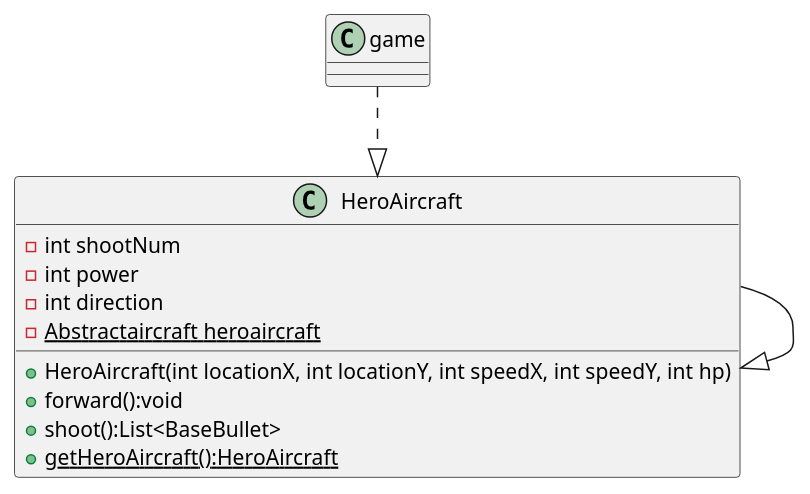
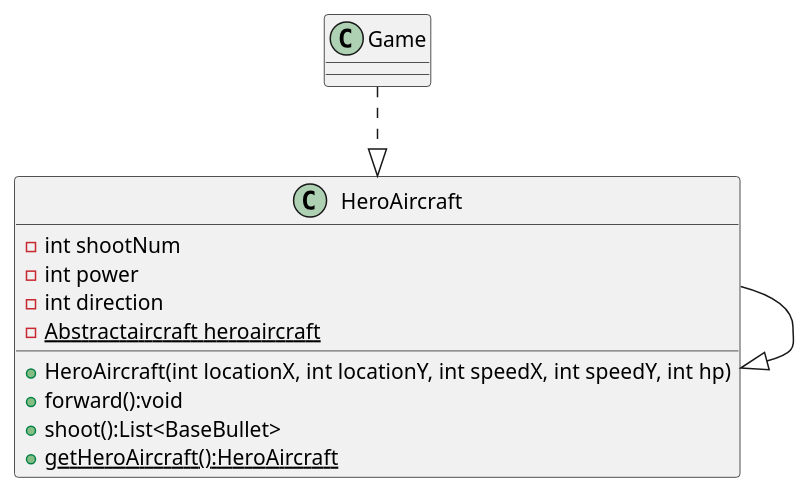
One commit to ScarecrowL1/AircraftWar-Tskmdai changed the diagram in uml/Singleten.puml. Above: the diagram before and after it, drawn with PlantUML. The commit also changed 12 other files, not shown here.

```diff
--- a/uml/Singleten.puml
+++ b/uml/Singleten.puml
@@ -1,23 +1,23 @@
 @startuml
 'https://plantuml.com/class-diagram
 
 
 
-game ..|> HeroAircraft
+Game ..|> HeroAircraft
 HeroAircraft --|> HeroAircraft
 
 class HeroAircraft {
     - int shootNum
     - int power
     - int direction
     - {static}Abstractaircraft heroaircraft
     + HeroAircraft(int locationX, int locationY, int speedX, int speedY, int hp)
     + forward():void
     + shoot():List<BaseBullet>
     + {static}getHeroAircraft():HeroAircraft
 }
 
-class game
+class Game
 
 
 @enduml
```
